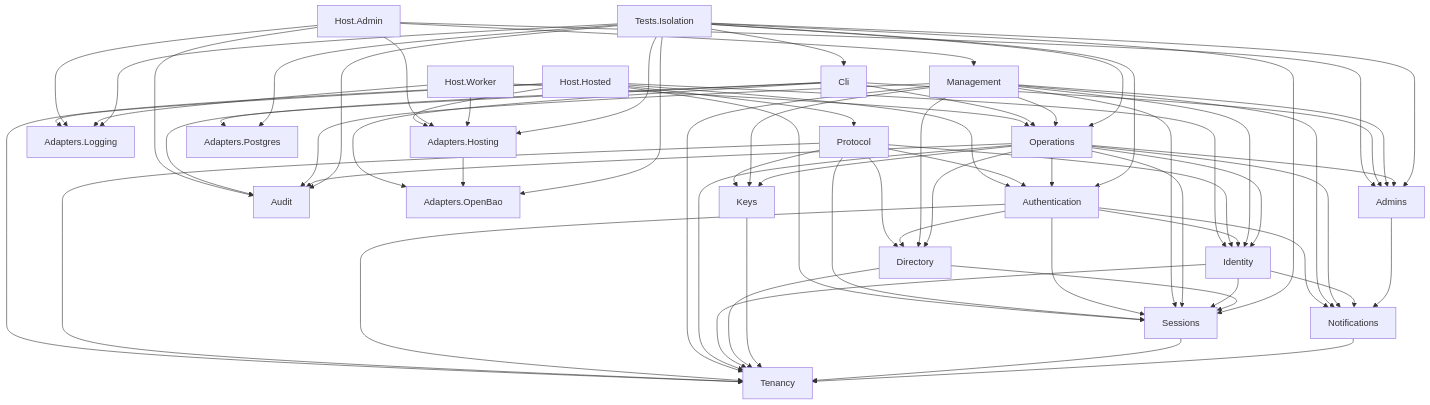
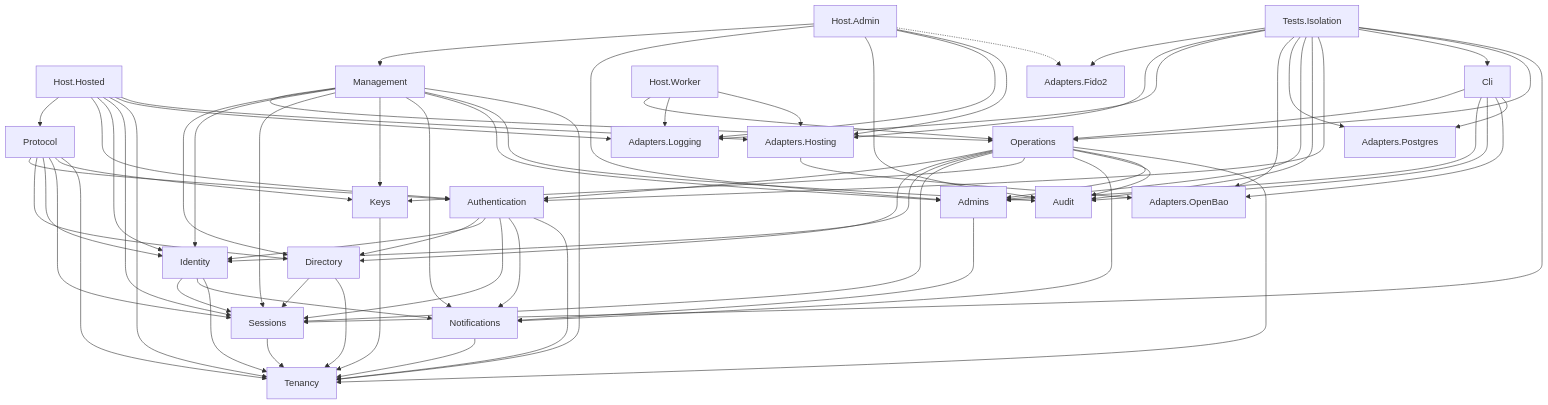
One commit to shanilmelder/gatekeep changed the diagram in docs/architecture/module-dependencies.md. Above: the diagram before and after it, drawn with Mermaid. The commit also changed 55 other files, not shown here.

```diff
--- a/docs/architecture/module-dependencies.md
+++ b/docs/architecture/module-dependencies.md
@@ -18,6 +18,7 @@
   Management[Management]
   Admins[Admins]
   Audit[Audit]
+  AdaptersFido2[Adapters.Fido2]
   HostWorker[Host.Worker]
   Operations[Operations]
   Cli[Cli]
@@ -39,6 +40,7 @@
   HostAdmin --> Audit
   HostAdmin --> AdaptersLogging
   HostAdmin --> AdaptersHosting
+  HostAdmin -.-> AdaptersFido2
   HostWorker --> Operations
   HostWorker --> AdaptersLogging
   HostWorker --> AdaptersHosting
@@ -86,6 +88,7 @@
   Notifications --> Tenancy
   Admins --> Notifications
   AdaptersHosting --> AdaptersOpenBao
+  TestsIsolation --> AdaptersFido2
   TestsIsolation --> AdaptersHosting
   TestsIsolation --> AdaptersLogging
   TestsIsolation --> AdaptersOpenBao
```
